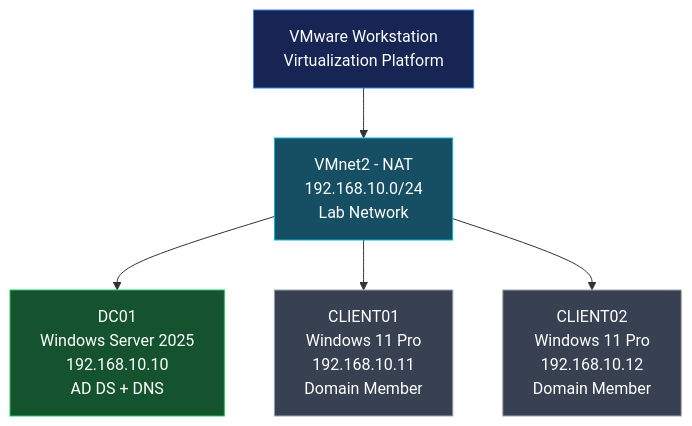
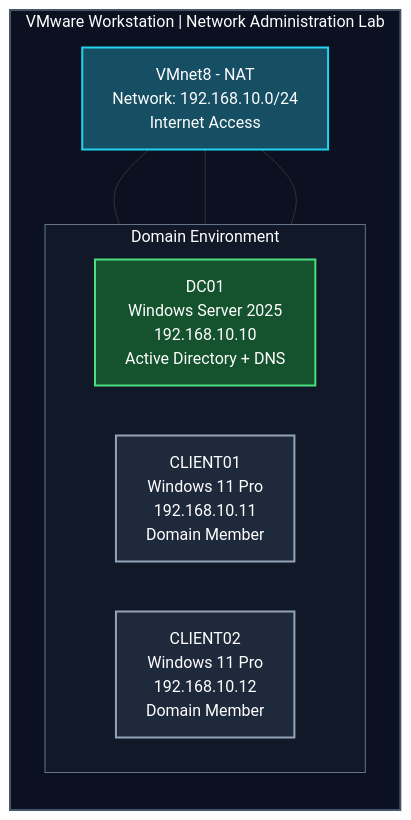
Before and after one commit to Nin-Kanong/Network-System-Administration: the diagram in 02. Setup Environments/03. Setup VMnet as isolated network.md, drawn with Mermaid. The commit also changed other lines of this file, not shown here.

Commit message:
Revise network diagram for isolated network setup
Updated network diagram format and added subgraph for domain environment.

````diff
--- a/02. Setup Environments/03. Setup VMnet as isolated network.md
+++ b/02. Setup Environments/03. Setup VMnet as isolated network.md
@@ -14,15 +17,30 @@
 ```mermaid
-flowchart TB
-    A["VMware Workstation<br/>Virtualization Platform"]
-    A --> B["VMnet2 - NAT<br/>192.168.10.0/24<br/>Lab Network"]
+flowchart LR
+    subgraph LAB["VMware Workstation | Network Administration Lab"]
+        direction TB
 
-    B --> C["DC01<br/>Windows Server 2025<br/>192.168.10.10<br/>AD DS + DNS"]
-    B --> D["CLIENT01<br/>Windows 11 Pro<br/>192.168.10.11<br/>Domain Member"]
-    B --> E["CLIENT02<br/>Windows 11 Pro<br/>192.168.10.12<br/>Domain Member"]
+        NET["VMnet8 - NAT<br/>Network: 192.168.10.0/24<br/>Internet Access"]
 
-    style A fill:#172554,stroke:#3b82f6,color:#ffffff
-    style B fill:#164e63,stroke:#06b6d4,color:#ffffff
-    style C fill:#14532d,stroke:#22c55e,color:#ffffff
-    style D fill:#374151,stroke:#9ca3af,color:#ffffff
-    style E fill:#374151,stroke:#9ca3af,color:#ffffff
+        subgraph MACHINES["Domain Environment"]
+            direction LR
+            DC["DC01<br/>Windows Server 2025<br/>192.168.10.10<br/>Active Directory + DNS"]
+            PC1["CLIENT01<br/>Windows 11 Pro<br/>192.168.10.11<br/>Domain Member"]
+            PC2["CLIENT02<br/>Windows 11 Pro<br/>192.168.10.12<br/>Domain Member"]
+        end
+
+        NET --- DC
+        NET --- PC1
+        NET --- PC2
+    end
+
+    classDef network fill:#164e63,stroke:#22d3ee,color:#ffffff,stroke-width:2px
+    classDef server fill:#14532d,stroke:#4ade80,color:#ffffff,stroke-width:2px
+    classDef client fill:#1e293b,stroke:#94a3b8,color:#ffffff,stroke-width:2px
+
+    class NET network
+    class DC server
+    class PC1,PC2 client
+
+    style LAB fill:#0b1120,stroke:#475569,stroke-width:2px,color:#ffffff
+    style MACHINES fill:#111827,stroke:#64748b,stroke-width:1px,color:#ffffff
 ```
````
